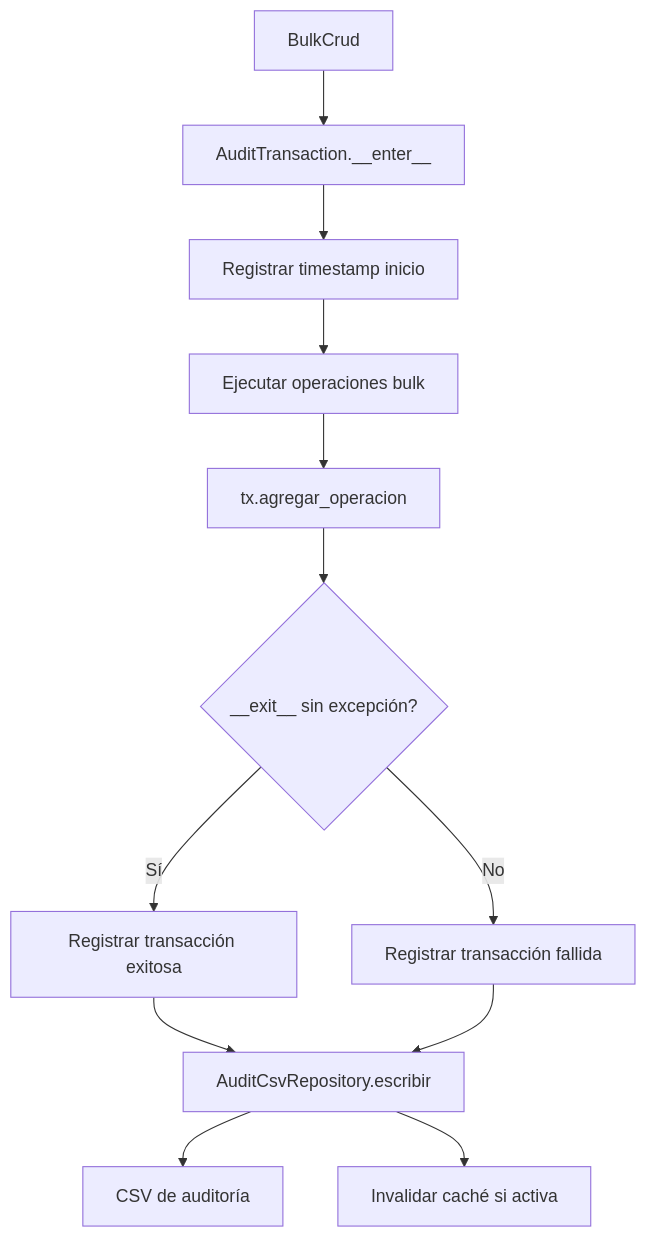
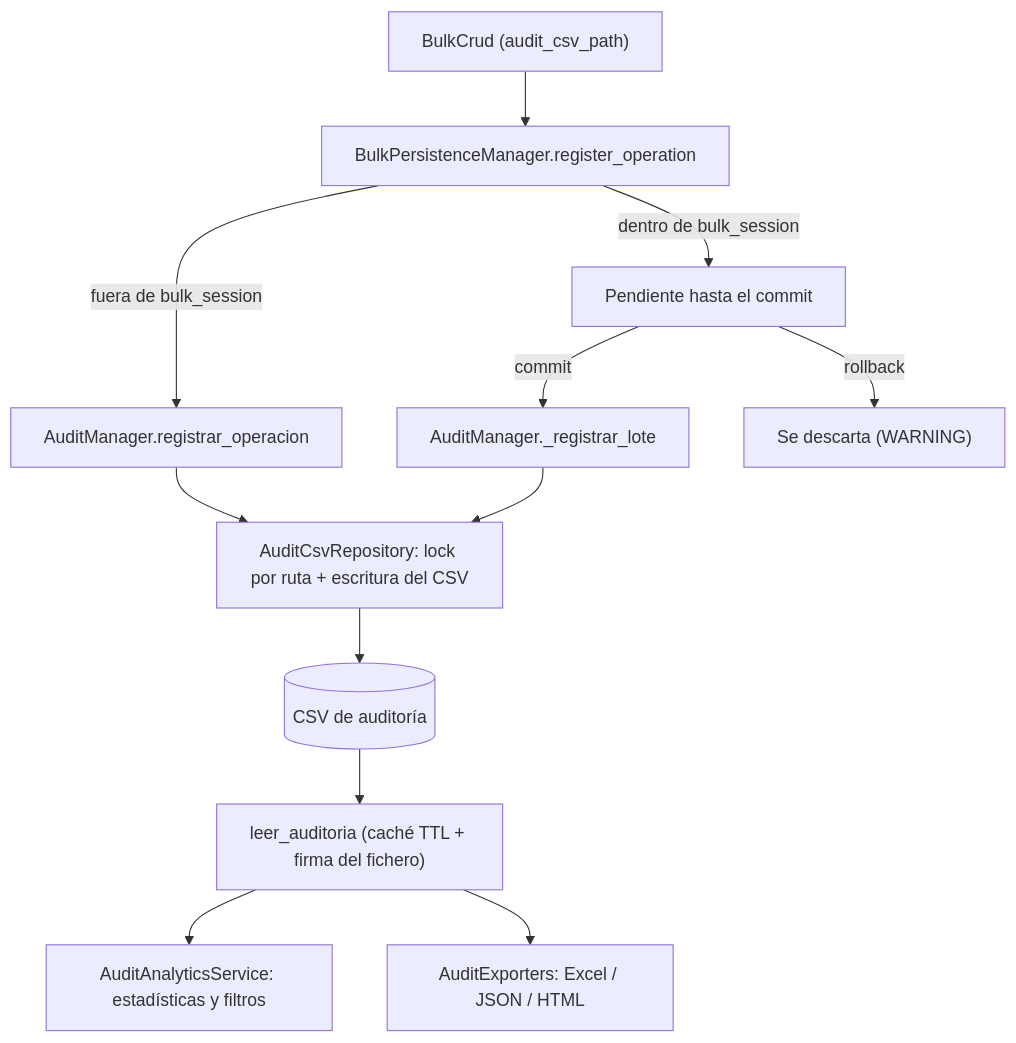
Before and after one commit to fmanza/util_bbdd: the diagram in docs/api/bulk-audit.md, drawn with Mermaid. The commit also changed other lines of this file and 11 other files, not shown here.

First line of the commit message:
refactor(bulk)!: retirar AuditTransaction (L-2)

````diff
--- a/docs/api/bulk-audit.md
+++ b/docs/api/bulk-audit.md
@@ -7,13 +7,13 @@
 ```mermaid
 flowchart TD
-    A[BulkCrud] --> B[AuditTransaction.__enter__]
-    B --> C[Registrar timestamp inicio]
-    C --> D[Ejecutar operaciones bulk]
-    D --> E[tx.agregar_operacion]
-    E --> F{__exit__ sin excepción?}
-    F -->|Sí| G[Registrar transacción exitosa]
-    F -->|No| H[Registrar transacción fallida]
-    G & H --> I[AuditCsvRepository.escribir]
-    I --> J[CSV de auditoría]
-    I --> K[Invalidar caché si activa]
+    A["BulkCrud (audit_csv_path)"] --> B["BulkPersistenceManager.register_operation"]
+    B -->|fuera de bulk_session| C["AuditManager.registrar_operacion"]
+    B -->|dentro de bulk_session| D["Pendiente hasta el commit"]
+    D -->|commit| E["AuditManager._registrar_lote"]
+    D -->|rollback| F["Se descarta (WARNING)"]
+    C & E --> G["AuditCsvRepository: lock por ruta + escritura del CSV"]
+    G --> H[("CSV de auditoría")]
+    H --> I["leer_auditoria (caché TTL + firma del fichero)"]
+    I --> J["AuditAnalyticsService: estadísticas y filtros"]
+    I --> K["AuditExporters: Excel / JSON / HTML"]
 ```
````
